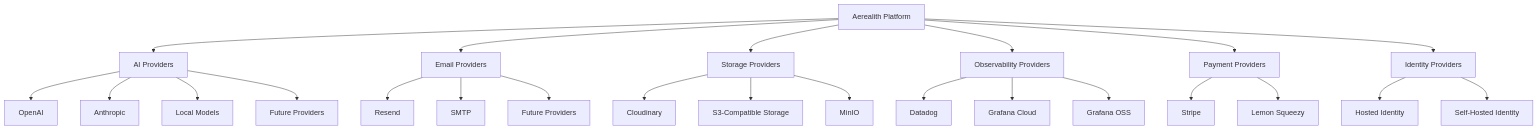
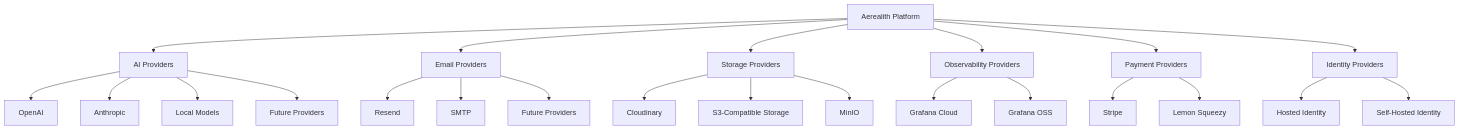
One commit to SinLess-Games/Aerealith changed the third of 4 diagrams in docs/vision/Product Philosophy.md. Above: the diagram before and after it, drawn with Mermaid. The commit also changed other lines of this file, not shown here.

Commit message:
docs(observability): remove Datadog from platform philosophy

````diff
--- a/docs/vision/Product Philosophy.md
+++ b/docs/vision/Product Philosophy.md
@@ -426,34 +425,33 @@
 ```mermaid
 flowchart TD
     Platform["Aerealith Platform"]
 
     Platform --> AI["AI Providers"]
     Platform --> Email["Email Providers"]
     Platform --> Storage["Storage Providers"]
     Platform --> Observability["Observability Providers"]
     Platform --> Payments["Payment Providers"]
     Platform --> Identity["Identity Providers"]
 
     AI --> OpenAI
     AI --> Anthropic
     AI --> LocalModels["Local Models"]
     AI --> FutureModels["Future Providers"]
 
     Email --> Resend
     Email --> SMTP
     Email --> FutureEmail["Future Providers"]
 
     Storage --> Cloudinary
     Storage --> ObjectStorage["S3-Compatible Storage"]
     Storage --> MinIO
 
-    Observability --> Datadog
     Observability --> GrafanaCloud["Grafana Cloud"]
     Observability --> GrafanaOSS["Grafana OSS"]
 
     Payments --> Stripe
     Payments --> LemonSqueezy["Lemon Squeezy"]
 
     Identity --> HostedIdentity["Hosted Identity"]
     Identity --> SelfHostedIdentity["Self-Hosted Identity"]
 ```
````
